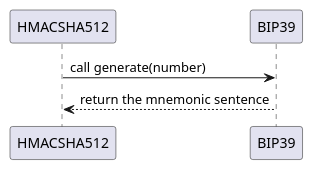
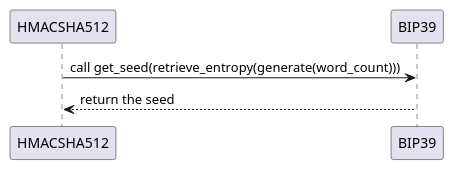
One commit to alchekroun/projet_blockchain_python changed the diagram in doc/bip39.md. Above: the diagram before and after it, drawn with PlantUML. The commit also changed other lines of this file, not shown here.

Commit message:
[doc] update doc

````diff
--- a/doc/bip39.md
+++ b/doc/bip39.md
@@ -33,11 +33,11 @@
 ```plantuml
 @startuml
 participant  "HMACSHA512" as hmac
 participant "BIP39" as bip
 
 
-hmac -> bip : call generate(number)
-bip --> hmac : return the mnemonic sentence
+hmac -> bip : call get_seed(retrieve_entropy(generate(word_count)))
+bip --> hmac : return the seed 
 
 @enduml
 ```
````
